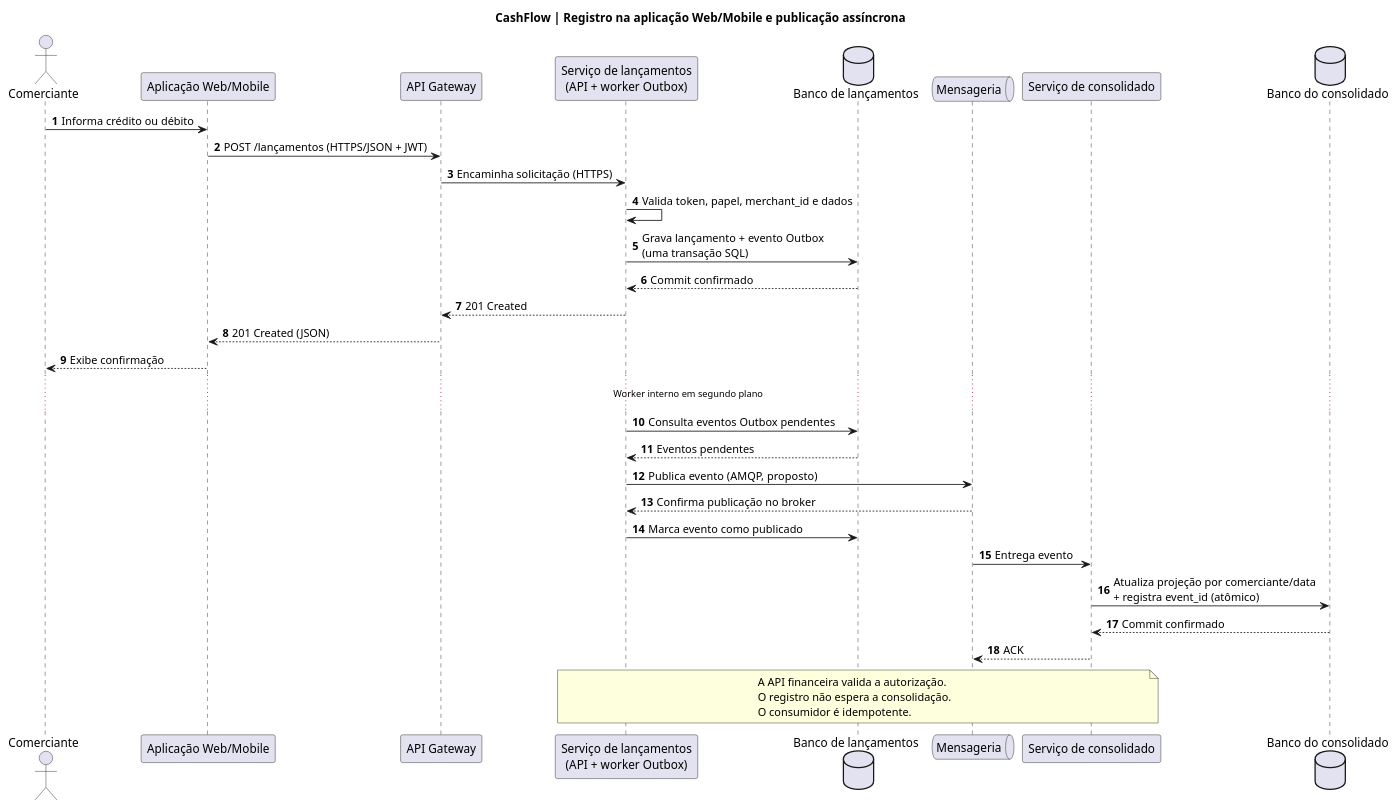
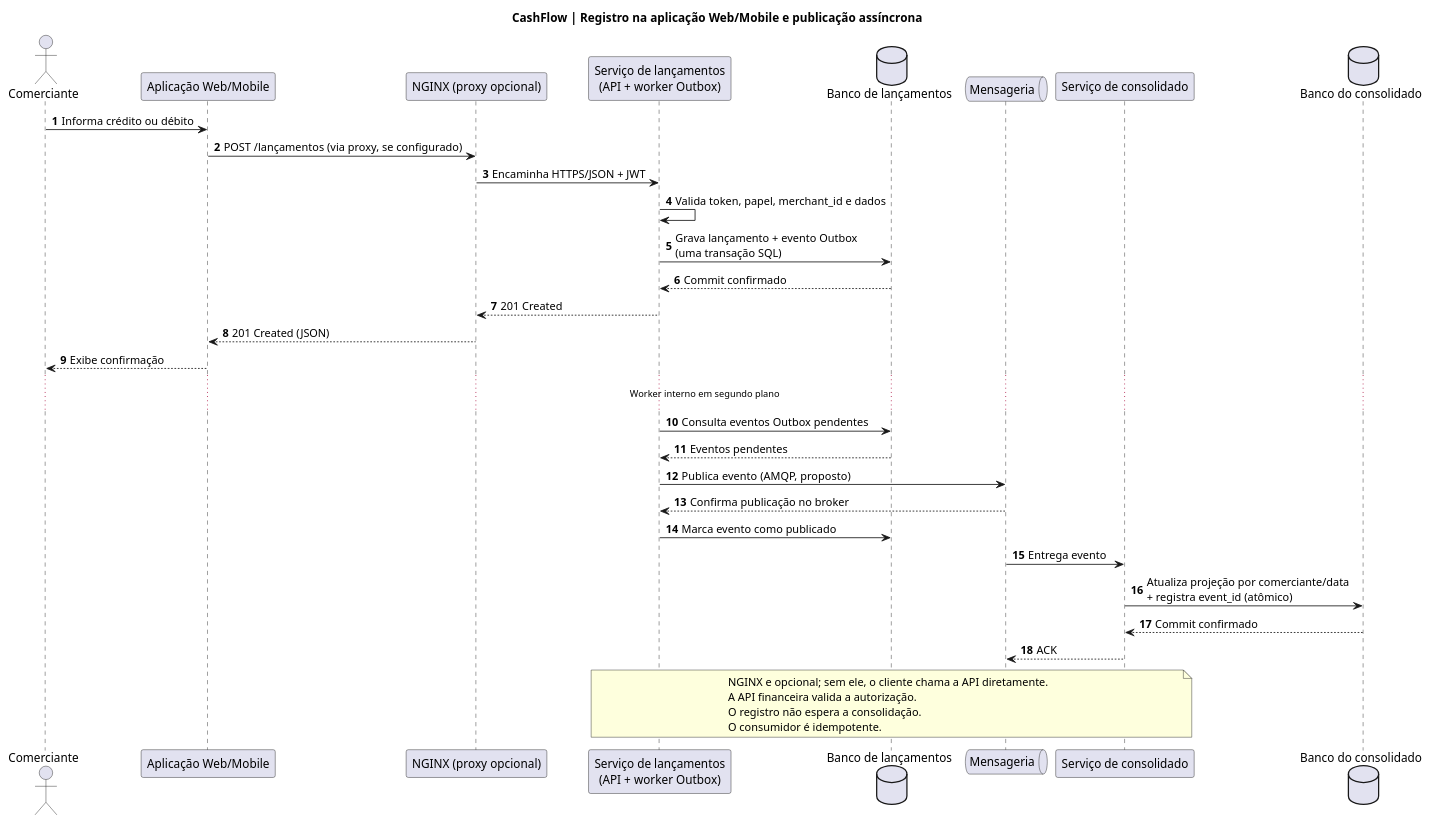
The diagram in docs/architecture/plantuml/sequence-register.puml (wolwerr/CashFlow-Architecture), drawn with PlantUML before and after one commit.

Commit message:
docs(architecture): align C4 and sequences with optional NGINX proxy, defer API Gateway (#7)

```diff
--- a/docs/architecture/plantuml/sequence-register.puml
+++ b/docs/architecture/plantuml/sequence-register.puml
@@ -1,36 +1,37 @@
 @startuml CashFlow_Register
 title CashFlow | Registro na aplicação Web/Mobile e publicação assíncrona
 autonumber
 actor Comerciante
 participant "Aplicação Web/Mobile" as W
-participant "API Gateway" as G
+participant "NGINX (proxy opcional)" as G
 participant "Serviço de lançamentos\n(API + worker Outbox)" as L
 database "Banco de lançamentos" as BL
 queue "Mensageria" as M
 participant "Serviço de consolidado" as C
 database "Banco do consolidado" as BC
 Comerciante -> W: Informa crédito ou débito
-W -> G: POST /lançamentos (HTTPS/JSON + JWT)
-G -> L: Encaminha solicitação (HTTPS)
+W -> G: POST /lançamentos (via proxy, se configurado)
+G -> L: Encaminha HTTPS/JSON + JWT
 L -> L: Valida token, papel, merchant_id e dados
 L -> BL: Grava lançamento + evento Outbox\n(uma transação SQL)
 BL --> L: Commit confirmado
 L --> G: 201 Created
 G --> W: 201 Created (JSON)
 W --> Comerciante: Exibe confirmação
 ... Worker interno em segundo plano ...
 L -> BL: Consulta eventos Outbox pendentes
 BL --> L: Eventos pendentes
 L -> M: Publica evento (AMQP, proposto)
 M --> L: Confirma publicação no broker
 L -> BL: Marca evento como publicado
 M -> C: Entrega evento
 C -> BC: Atualiza projeção por comerciante/data\n+ registra event_id (atômico)
 BC --> C: Commit confirmado
 C --> M: ACK
 note over L,C
+NGINX e opcional; sem ele, o cliente chama a API diretamente.
 A API financeira valida a autorização.
 O registro não espera a consolidação.
 O consumidor é idempotente.
 end note
 @enduml
```
